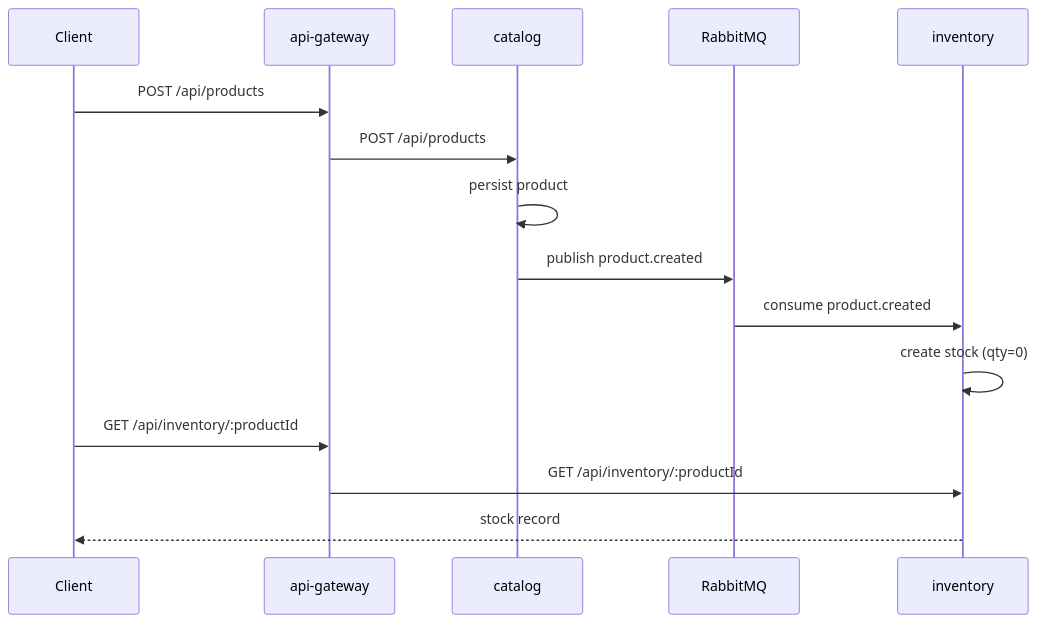
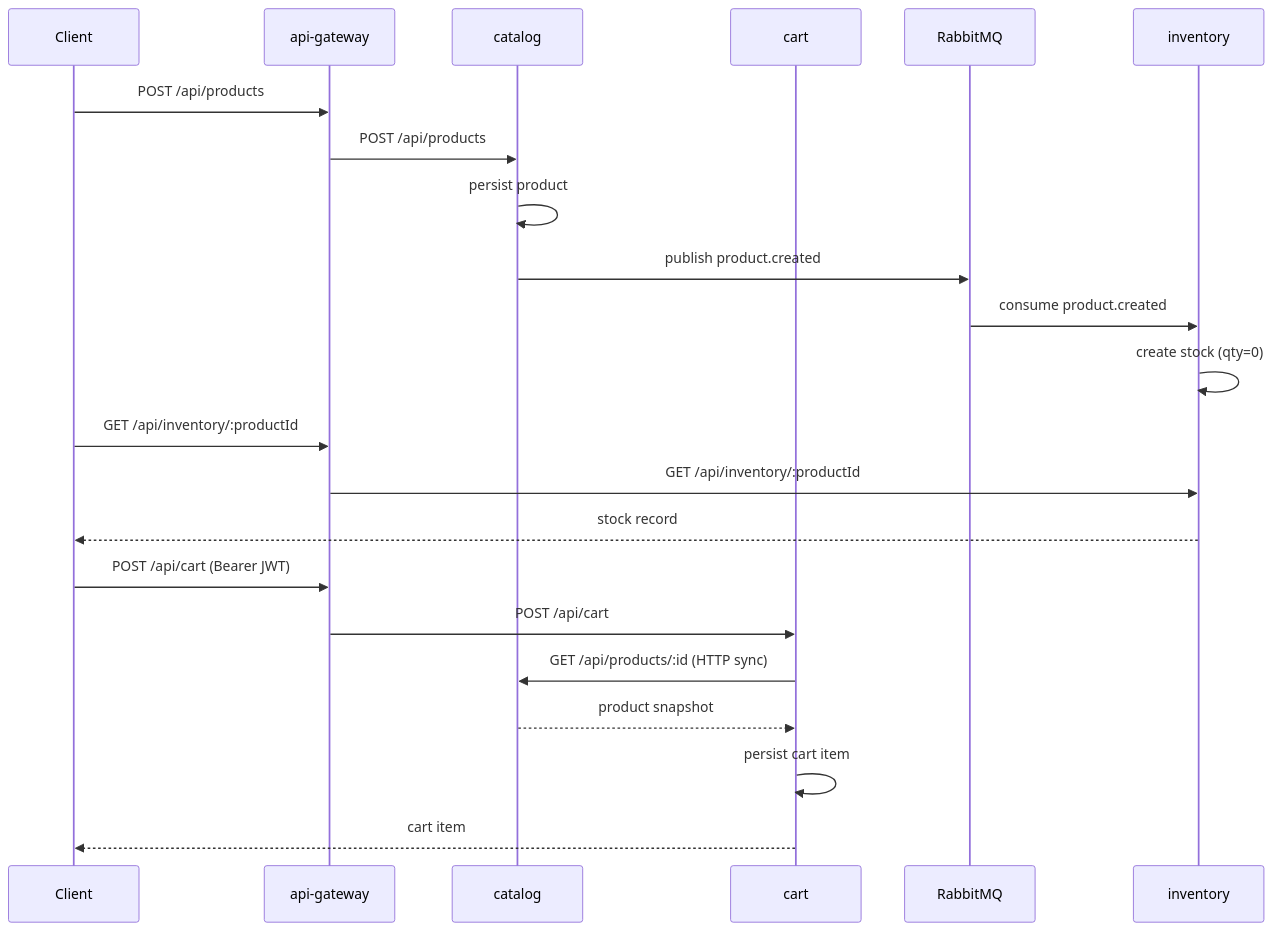
Before and after one commit to JeanMonteiro/ecommerce: the diagram in docs/current-state.md, drawn with Mermaid. The commit also changed other lines of this file and 6 other files, not shown here.

Commit message:
feat: wire cart into compose and api-gateway

````diff
--- a/docs/current-state.md
+++ b/docs/current-state.md
@@ -125,19 +127,27 @@
 ```mermaid
 sequenceDiagram
   participant Client
   participant GW as api-gateway
   participant Cat as catalog
+  participant Cart as cart
   participant MQ as RabbitMQ
   participant Inv as inventory
 
   Client->>GW: POST /api/products
   GW->>Cat: POST /api/products
   Cat->>Cat: persist product
   Cat->>MQ: publish product.created
   MQ->>Inv: consume product.created
   Inv->>Inv: create stock (qty=0)
 
   Client->>GW: GET /api/inventory/:productId
   GW->>Inv: GET /api/inventory/:productId
   Inv-->>Client: stock record
+
+  Client->>GW: POST /api/cart (Bearer JWT)
+  GW->>Cart: POST /api/cart
+  Cart->>Cat: GET /api/products/:id (HTTP sync)
+  Cat-->>Cart: product snapshot
+  Cart->>Cart: persist cart item
+  Cart-->>Client: cart item
 ```
````
